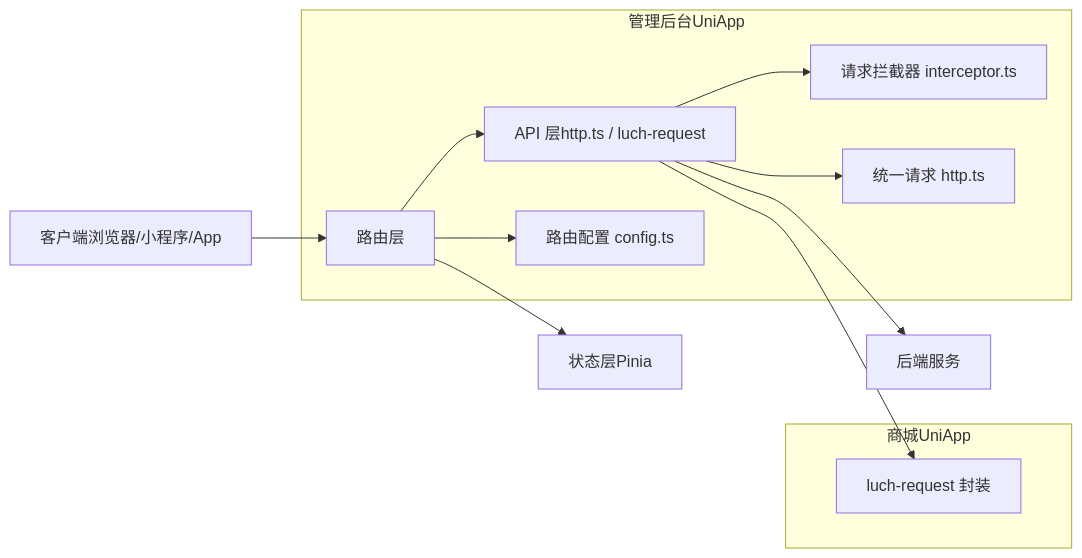
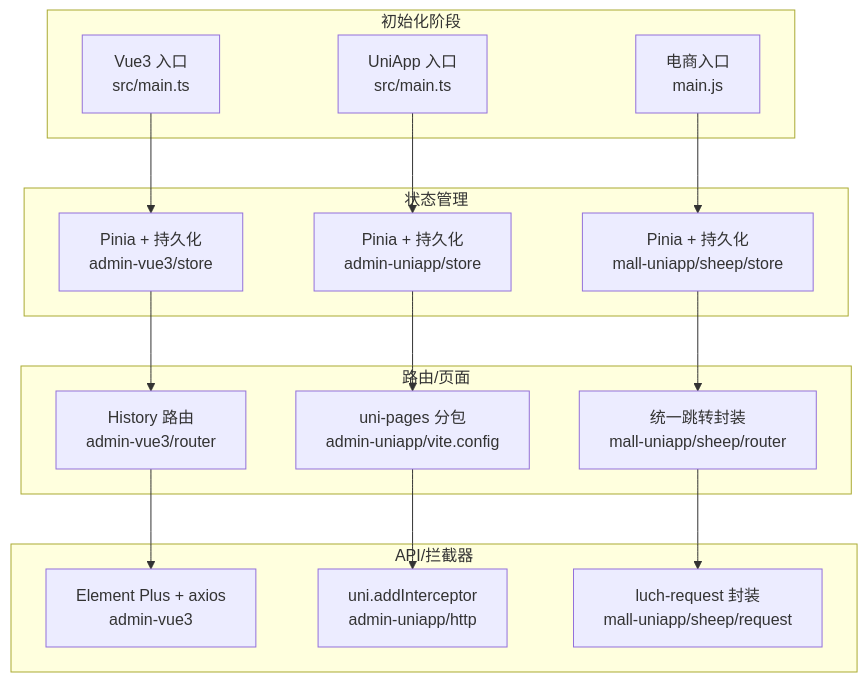
One commit to zhuangpengLI/AgenticCPS changed the second of 6 diagrams in .qoder/repowiki/zh/content/前端应用架构/前端应用架构.md. Above: the diagram before and after it, drawn with Mermaid. The commit also changed other lines of this file and 293 other files, not shown here.

````diff
--- a/.qoder/repowiki/zh/content/前端应用架构/前端应用架构.md
+++ b/.qoder/repowiki/zh/content/前端应用架构/前端应用架构.md
@@ -142,15 +119,26 @@
 ```mermaid
-graph LR
-Client["客户端浏览器/小程序/App"] --> Router["路由层"]
-Router --> Store["状态层Pinia"]
-Router --> API["API 层http.ts / luch-request"]
-API --> Backend["后端服务"]
-subgraph "管理后台UniApp"
-Router --> RConf["路由配置 config.ts"]
-API --> Inter["请求拦截器 interceptor.ts"]
-API --> Http["统一请求 http.ts"]
+graph TB
+subgraph "初始化阶段"
+Init1["Vue3 入口<br/>src/main.ts"]
+Init2["UniApp 入口<br/>src/main.ts"]
+Init3["电商入口<br/>main.js"]
 end
-subgraph "商城UniApp"
-API --> LReq["luch-request 封装"]
+subgraph "状态管理"
+Store1["Pinia + 持久化<br/>admin-vue3/store"]
+Store2["Pinia + 持久化<br/>admin-uniapp/store"]
+Store3["Pinia + 持久化<br/>mall-uniapp/sheep/store"]
 end
+subgraph "路由/页面"
+Router1["History 路由<br/>admin-vue3/router"]
+Router2["uni-pages 分包<br/>admin-uniapp/vite.config"]
+Router3["统一跳转封装<br/>mall-uniapp/sheep/router"]
+end
+subgraph "API/拦截器"
+Http1["Element Plus + axios<br/>admin-vue3"]
+Http2["uni.addInterceptor<br/>admin-uniapp/http"]
+Http3["luch-request 封装<br/>mall-uniapp/sheep/request"]
+end
+Init1 --> Store1 --> Router1 --> Http1
+Init2 --> Store2 --> Router2 --> Http2
+Init3 --> Store3 --> Router3 --> Http3
 ```
````
